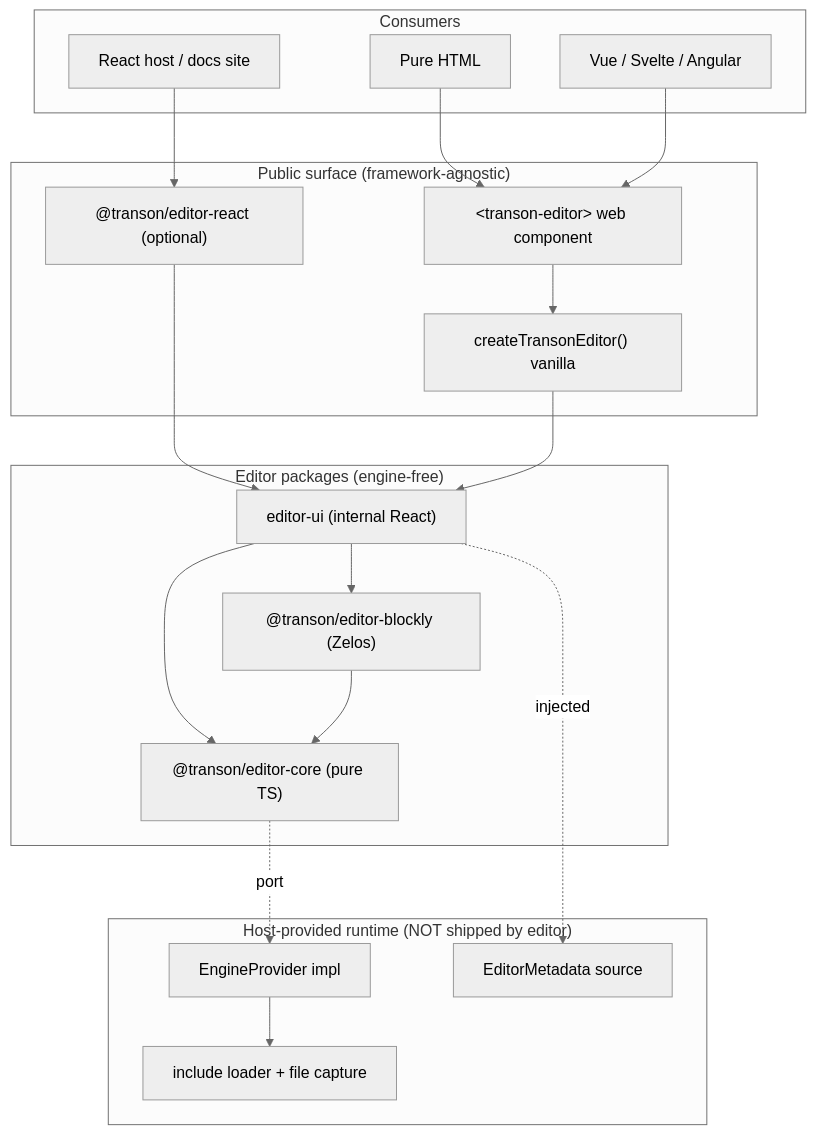
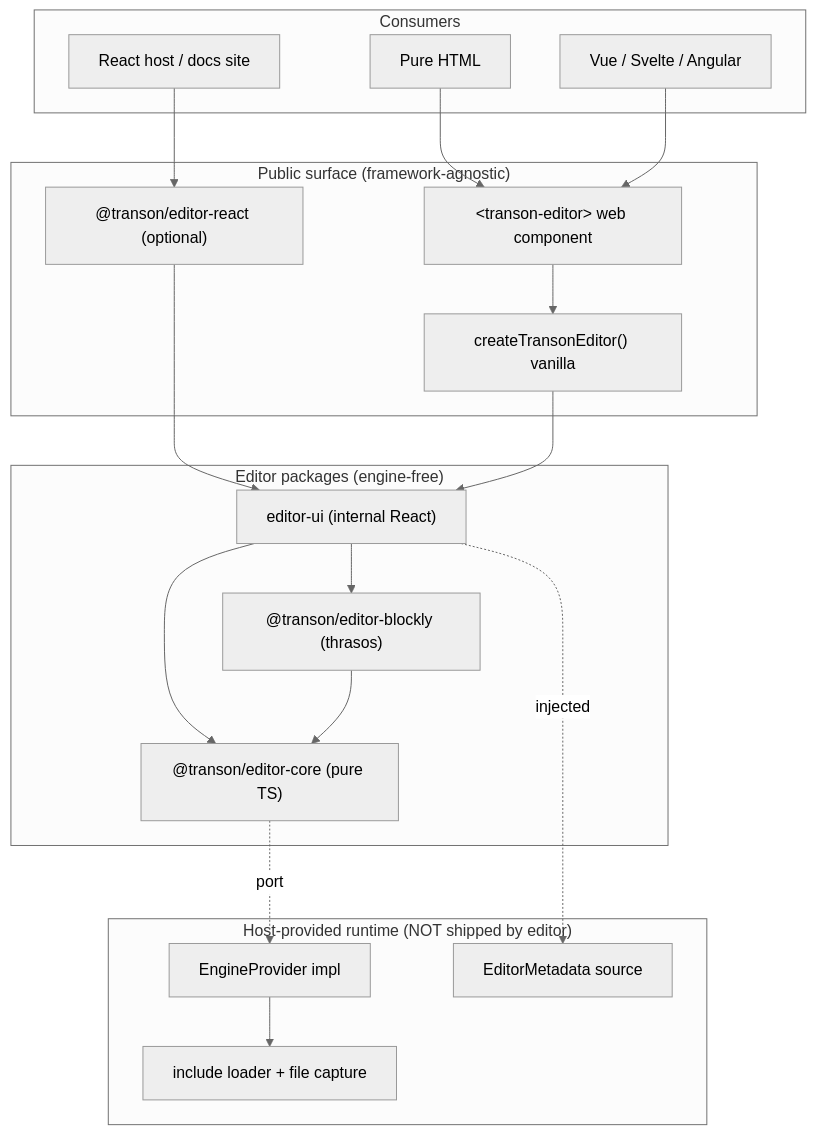
Before and after one commit to transon-org/transon-blockly: the second of 8 diagrams in docs/ARCHITECTURE.md, drawn with Mermaid (neutral theme). The commit also changed other lines of this file and 12 other files, not shown here.

````diff
--- a/docs/ARCHITECTURE.md
+++ b/docs/ARCHITECTURE.md
@@ -431,39 +431,39 @@
 ```mermaid
 flowchart TB
     subgraph Consumers
         H1[Pure HTML]
         H2[React host / docs site]
         H3[Vue / Svelte / Angular]
     end
 
     subgraph Public["Public surface (framework-agnostic)"]
         WC["&lt;transon-editor&gt; web component"]
         VAN["createTransonEditor() vanilla"]
         RX["@transon/editor-react (optional)"]
     end
 
     subgraph Editor["Editor packages (engine-free)"]
         UI["editor-ui (internal React)"]
-        BLK["@transon/editor-blockly (Zelos)"]
+        BLK["@transon/editor-blockly (thrasos)"]
         CORE["@transon/editor-core (pure TS)"]
     end
 
     subgraph Host["Host-provided runtime (NOT shipped by editor)"]
         EP["EngineProvider impl"]
         MD["EditorMetadata source"]
         INC["include loader + file capture"]
     end
 
     H1 --> WC
     H3 --> WC
     H2 --> RX
     WC --> VAN
     RX --> UI
     VAN --> UI
     UI --> BLK
     UI --> CORE
     BLK --> CORE
     CORE -. port .-> EP
     UI -. injected .-> MD
     EP --> INC
 ```
````
